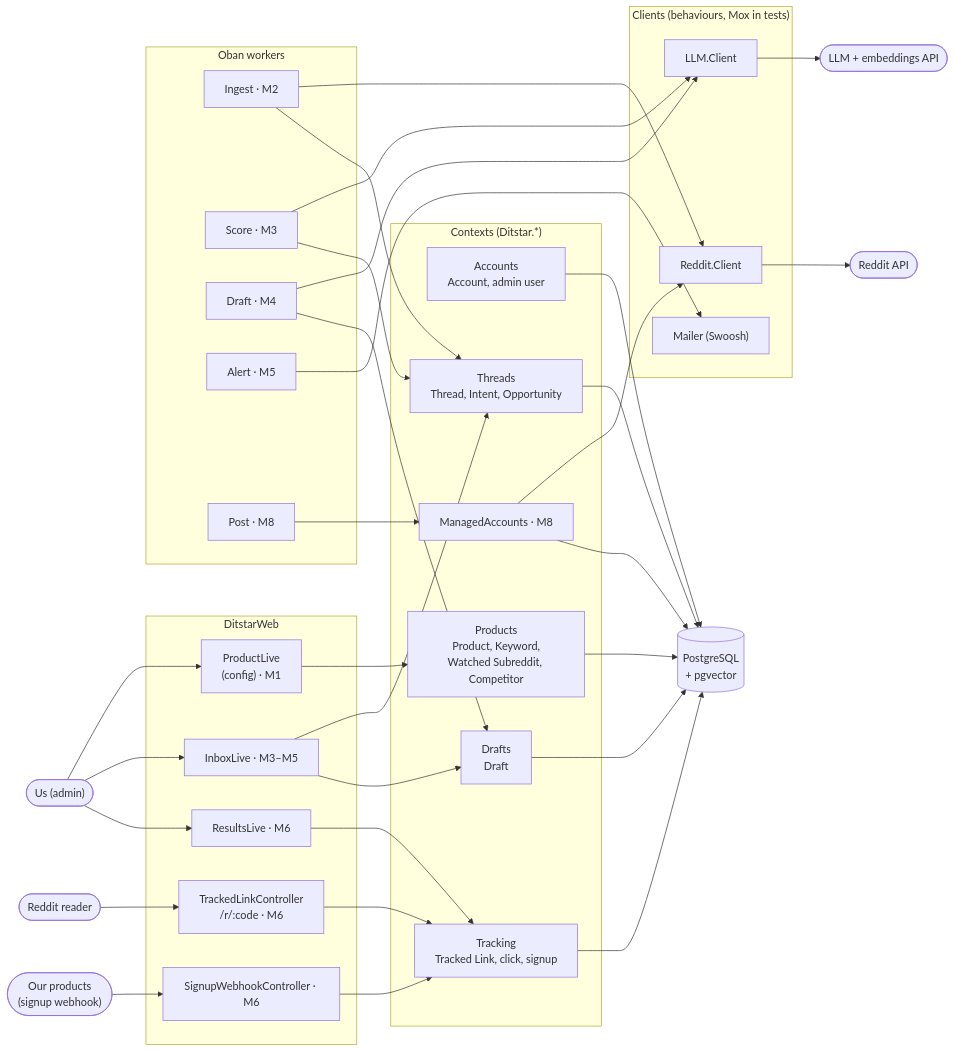
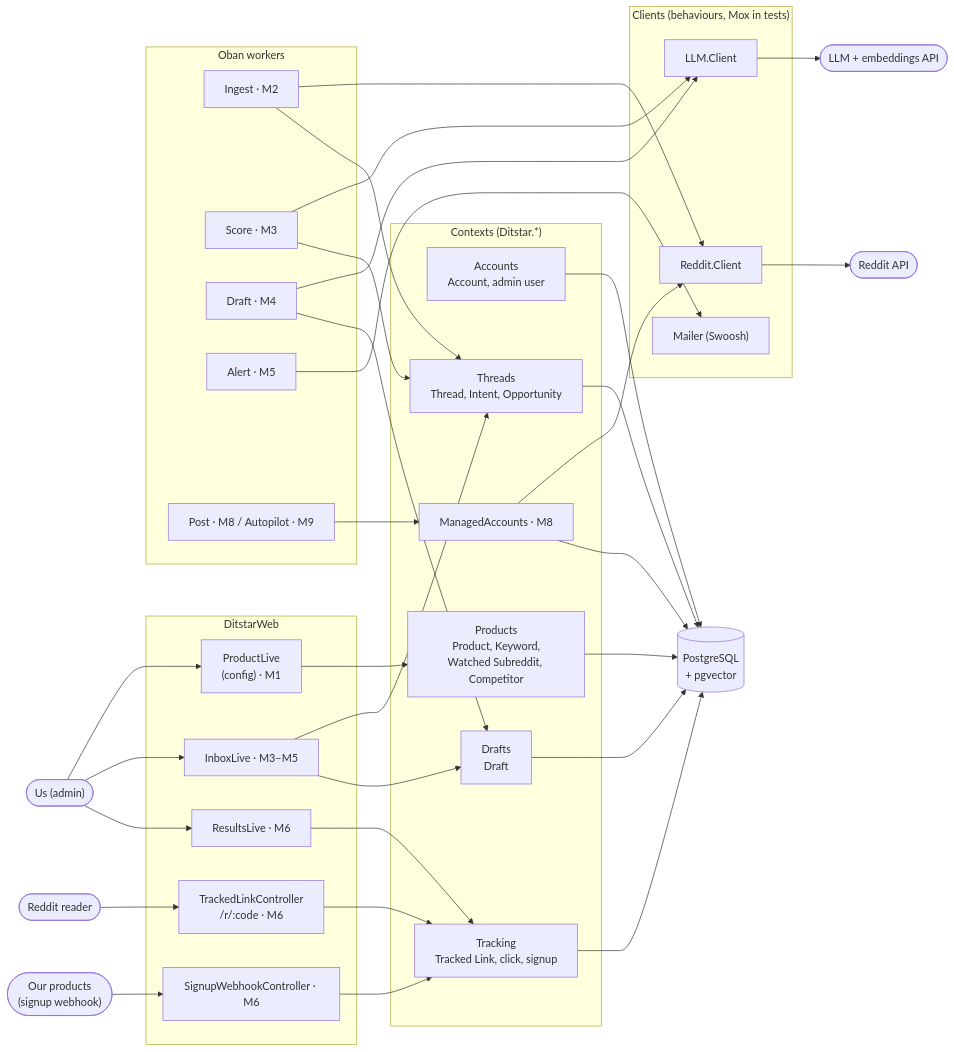
The diagram in docs/ROADMAP.md (elpikel/ditstar), drawn with Mermaid before and after one commit. The commit also changed other lines of this file and 135 other files, not shown here.

````diff
--- a/docs/ROADMAP.md
+++ b/docs/ROADMAP.md
@@ -16,61 +26,61 @@
 ```mermaid
 flowchart LR
   reddit(["Reddit API"])
   llm(["LLM + embeddings API"])
   products(["Our products<br/>(signup webhook)"])
   user(["Us (admin)"])
   visitor(["Reddit reader"])
 
   subgraph web["DitstarWeb"]
     config_live["ProductLive<br/>(config) · M1"]
     inbox_live["InboxLive · M3–M5"]
     results_live["ResultsLive · M6"]
     redirect["TrackedLinkController<br/>/r/:code · M6"]
     webhook["SignupWebhookController · M6"]
   end
 
   subgraph workers["Oban workers"]
     ingest_w["Ingest · M2"]
     score_w["Score · M3"]
     draft_w["Draft · M4"]
     alert_w["Alert · M5"]
-    post_w["Post · M8"]
+    post_w["Post · M8 / Autopilot · M9"]
   end
 
   subgraph contexts["Contexts (Ditstar.*)"]
     accounts["Accounts<br/>Account, admin user"]
     catalog["Products<br/>Product, Keyword,<br/>Watched Subreddit, Competitor"]
     threads["Threads<br/>Thread, Intent, Opportunity"]
     drafts["Drafts<br/>Draft"]
     tracking["Tracking<br/>Tracked Link, click, signup"]
     managed["ManagedAccounts · M8"]
   end
 
   subgraph clients["Clients (behaviours, Mox in tests)"]
     reddit_c["Reddit.Client"]
     llm_c["LLM.Client"]
     mailer["Mailer (Swoosh)"]
   end
 
   db[("PostgreSQL<br/>+ pgvector")]
 
   user --> config_live --> catalog
   user --> inbox_live --> threads
   inbox_live --> drafts
   user --> results_live --> tracking
 
   ingest_w --> reddit_c --> reddit
   ingest_w --> threads
   score_w --> llm_c
   score_w --> threads
   draft_w --> llm_c
   draft_w --> drafts
   alert_w --> mailer
   post_w --> managed --> reddit_c
 
   visitor --> redirect --> tracking
   products --> webhook --> tracking
   llm_c --> llm
 
   accounts & catalog & threads & drafts & tracking & managed --> db
 ```
````
